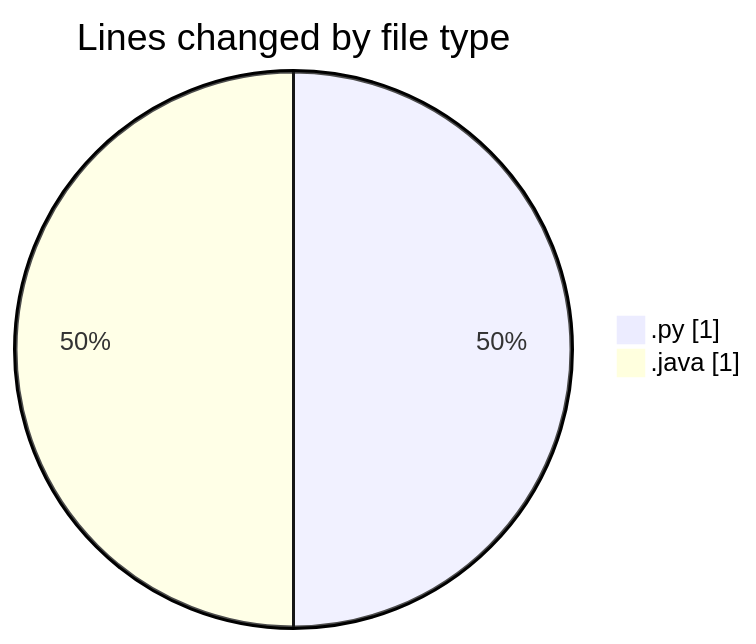
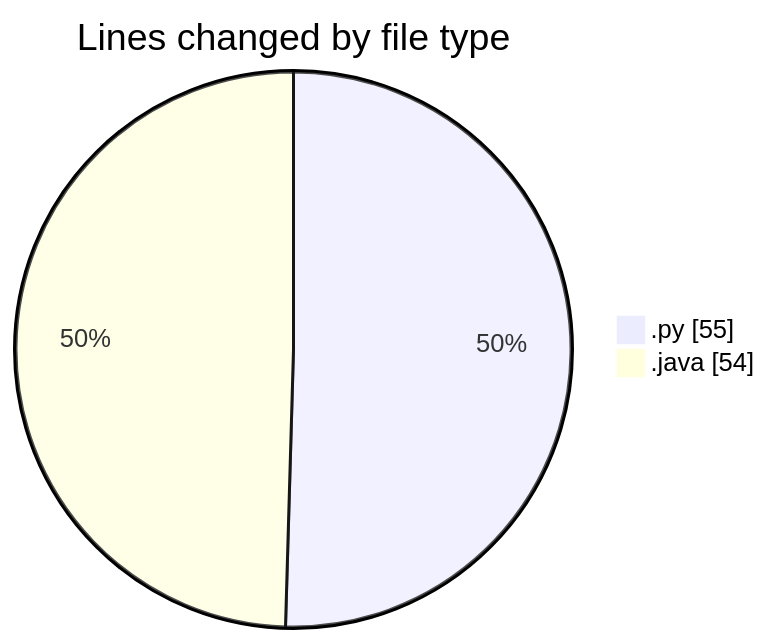
One commit to donsfak/code-tracking changed the first of 2 diagrams in 2025-10-28/projet_distribu_/README.md. Above: the diagram before and after it, drawn with Mermaid. The commit also changed other lines of this file and 1 other file, not shown here.

````diff
--- a/2025-10-28/projet_distribu_/README.md
+++ b/2025-10-28/projet_distribu_/README.md
@@ -21,6 +21,6 @@
 ```mermaid
 pie showData
 title Lines changed by file type
-".py" : 1
-".java" : 1
+".py" : 55
+".java" : 54
 ```
````
